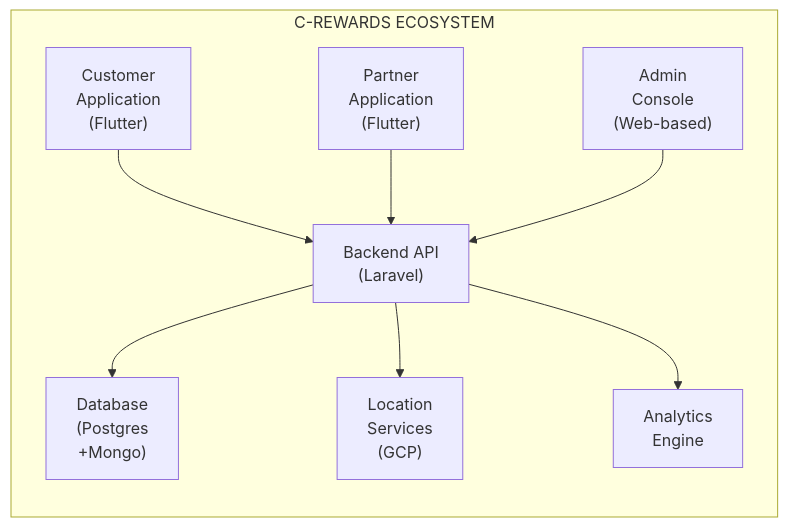
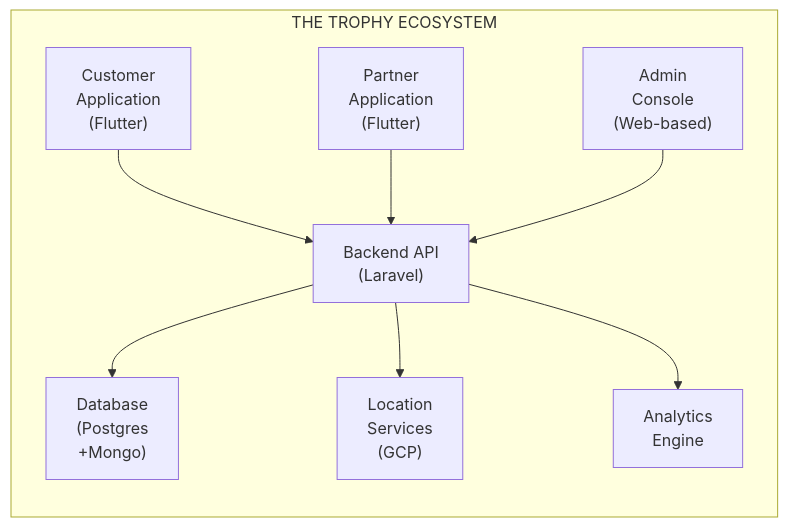
Before and after one commit to tlejay/the-trophy-doc: the diagram in Deliverables/Proposal.md, drawn with Mermaid. The commit also changed other lines of this file and 1 other file, not shown here.

````diff
--- a/Deliverables/Proposal.md
+++ b/Deliverables/Proposal.md
@@ -124,28 +152,28 @@
 ```mermaid
 graph TD
-    subgraph "C-REWARDS ECOSYSTEM"
+    subgraph "THE TROPHY ECOSYSTEM"
         direction TB
-        
+
         %% Top Layer: Front-end
         C1["Customer<br>Application<br>(Flutter)"]
         C2["Partner<br>Application<br>(Flutter)"]
         C3["Admin<br>Console<br>(Web-based)"]
-        
+
         %% Middle Layer: Backend
         API["Backend API<br>(Laravel)"]
-        
+
         %% Bottom Layer: Infrastructure/Services
         DB["Database<br>(Postgres<br>+Mongo)"]
         LOC["Location<br>Services<br>(GCP)"]
         AN["Analytics<br>Engine"]
-        
+
         %% Connections
         C1 --> API
         C2 --> API
         C3 --> API
-        
+
         API --> DB
         API --> LOC
         API --> AN
     end
 ```
````
